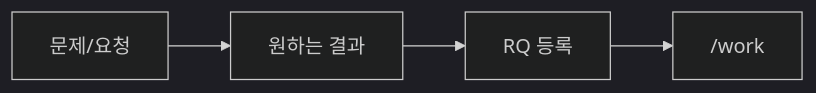
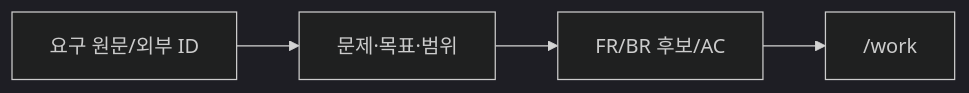
One commit to Seunghyun0606/SDLC_DDD_SDD changed the second of 8 diagrams in sdlc/guides/01_SDLC_전체가이드.md. Above: the diagram before and after it, drawn with Mermaid (dark theme). The commit also changed other lines of this file, not shown here.

````diff
--- a/sdlc/guides/01_SDLC_전체가이드.md
+++ b/sdlc/guides/01_SDLC_전체가이드.md
@@ -20,4 +22,4 @@
 ```mermaid
 flowchart LR
-    A["문제/요청"] --> B["원하는 결과"] --> C["RQ 등록"] --> D["/work"]
+    A["요구 원문/외부 ID"] --> B["문제·목표·범위"] --> C["FR/BR 후보/AC"] --> D["/work"]
 ```
````
